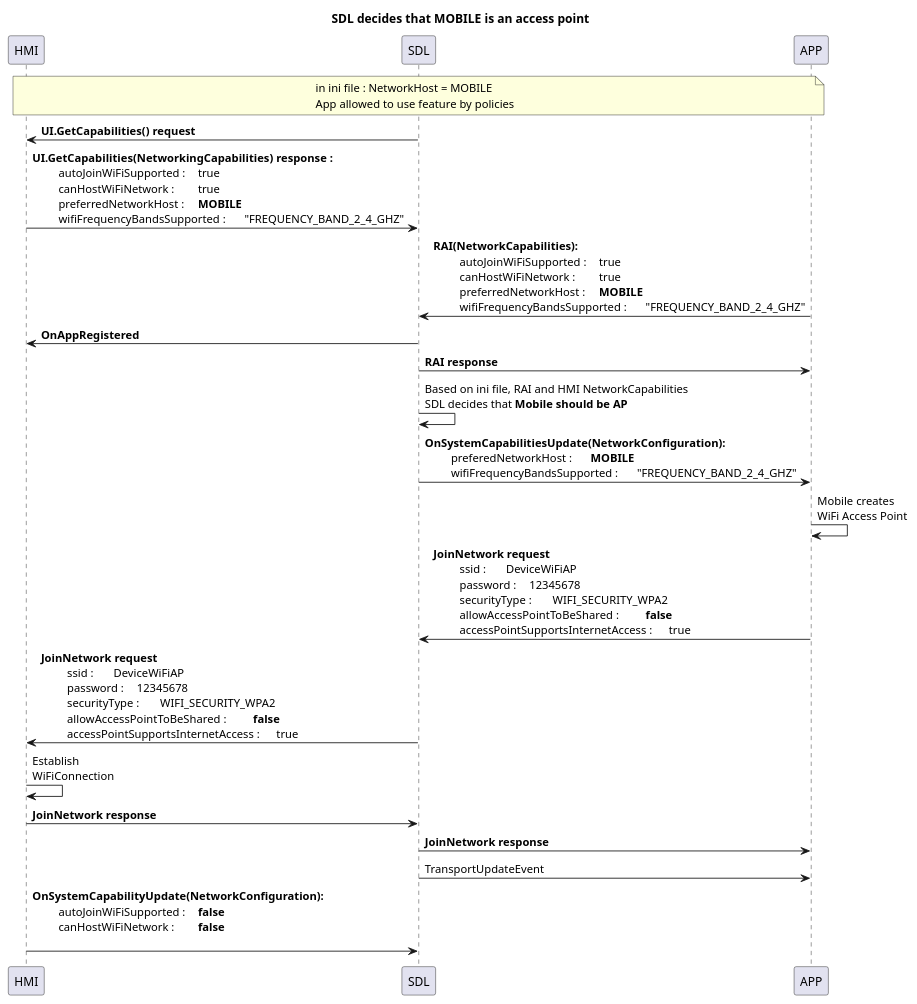
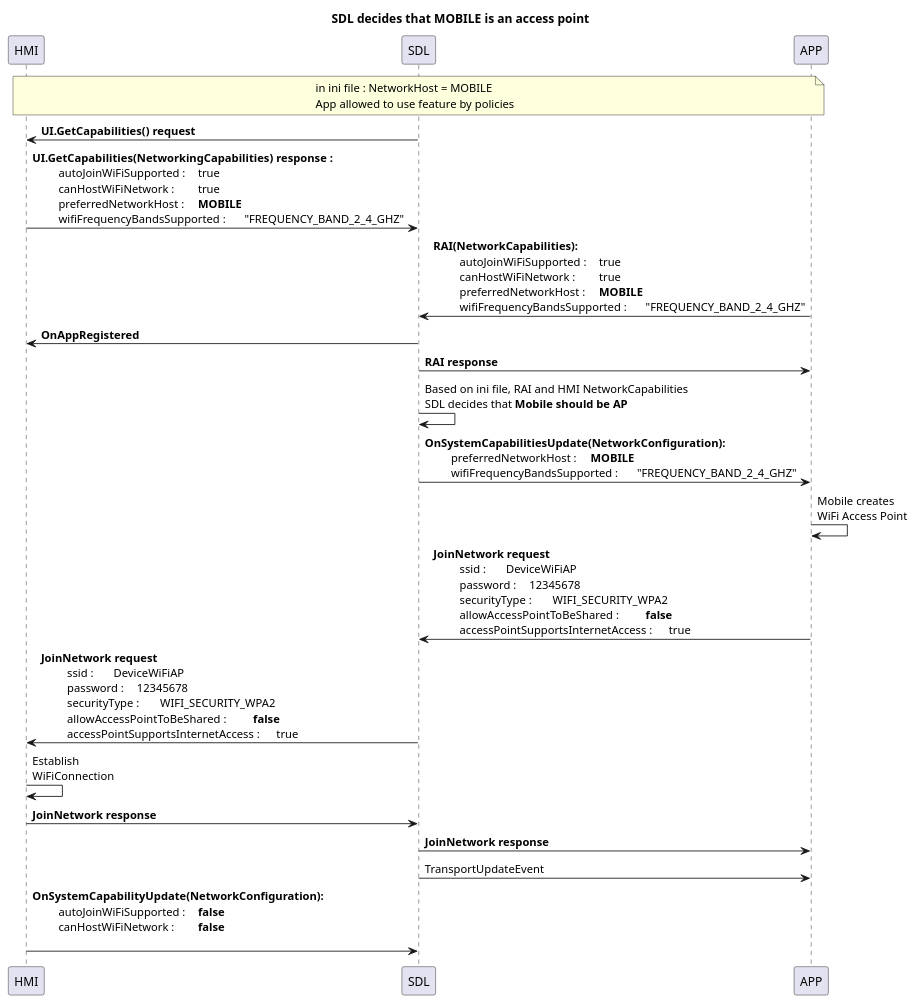
One commit to smartdevicelink/sdl_evolution changed the diagram in assets/proposals/0245-sharing-wifi-ssid-and-password/mobile_access_point.puml. Above: the diagram before and after it, drawn with PlantUML. The commit also changed 5 other files, not shown here.

```diff
--- a/assets/proposals/0245-sharing-wifi-ssid-and-password/mobile_access_point.puml
+++ b/assets/proposals/0245-sharing-wifi-ssid-and-password/mobile_access_point.puml
@@ -1,64 +1,64 @@
 @startuml
 !pragma teoz true
 
 title SDL decides that MOBILE is an access point
 participant HMI
 participant SDL
 participant APP
 
 note over HMI, APP: in ini file : NetworkHost = MOBILE \n\
 App allowed to use feature by policies
 
 SDL -> HMI : <b>UI.GetCapabilities() request
 HMI -> SDL : <b>UI.GetCapabilities(NetworkingCapabilities) response : \n\
 \t autoJoinWiFiSupported : \t true \n\
 \t canHostWiFiNetwork : \t true \n\
 \t preferredNetworkHost : \t **MOBILE** \n\
 \t wifiFrequencyBandsSupported : \t "FREQUENCY_BAND_2_4_GHZ" 
 
 APP -> SDL : <b>RAI(NetworkCapabilities): \n\
 \t autoJoinWiFiSupported : \t true \n\
 \t canHostWiFiNetwork : \t true \n\
 \t preferredNetworkHost : \t **MOBILE** \n\
 \t wifiFrequencyBandsSupported : \t "FREQUENCY_BAND_2_4_GHZ"
 
 SDL -> HMI : <b>OnAppRegistered 
 SDL -> APP : <b>RAI response 
 
 SDL -> SDL : Based on ini file, RAI and HMI NetworkCapabilities\n\
 SDL decides that **Mobile should be AP** 
 
 SDL -> APP:  <b>OnSystemCapabilitiesUpdate(NetworkConfiguration): \n\
-\t preferedNetworkHost : \t **MOBILE** \n\
+\t preferredNetworkHost : \t **MOBILE** \n\
 \t wifiFrequencyBandsSupported : \t "FREQUENCY_BAND_2_4_GHZ"  
 
 APP -> APP : Mobile creates \n\
 WiFi Access Point
 
 APP -> SDL: <b>JoinNetwork request\n\
 \t ssid : \t DeviceWiFiAP \n\
 \t password : \t 12345678 \n\
 \t securityType : \t WIFI_SECURITY_WPA2 \n\
 \t allowAccessPointToBeShared : \t **false** \n\
 \t accessPointSupportsInternetAccess : \t true
 
 SDL -> HMI: <b>JoinNetwork request\n\
 \t ssid : \t DeviceWiFiAP \n\
 \t password : \t 12345678 \n\
 \t securityType : \t WIFI_SECURITY_WPA2 \n\
 \t allowAccessPointToBeShared : \t **false** \n\
 \t accessPointSupportsInternetAccess : \t true
 
 HMI -> HMI : Establish \n\
 WiFiConnection
 
 HMI -> SDL : <b>JoinNetwork response
 SDL -> APP : <b>JoinNetwork response
 
 SDL -> APP: TransportUpdateEvent
 
 HMI -> SDL:  <b>OnSystemCapabilityUpdate(NetworkConfiguration): \n\
 \t autoJoinWiFiSupported : \t **false** \n\
 \t canHostWiFiNetwork : \t **false**  \n\
 
 @enduml
```
